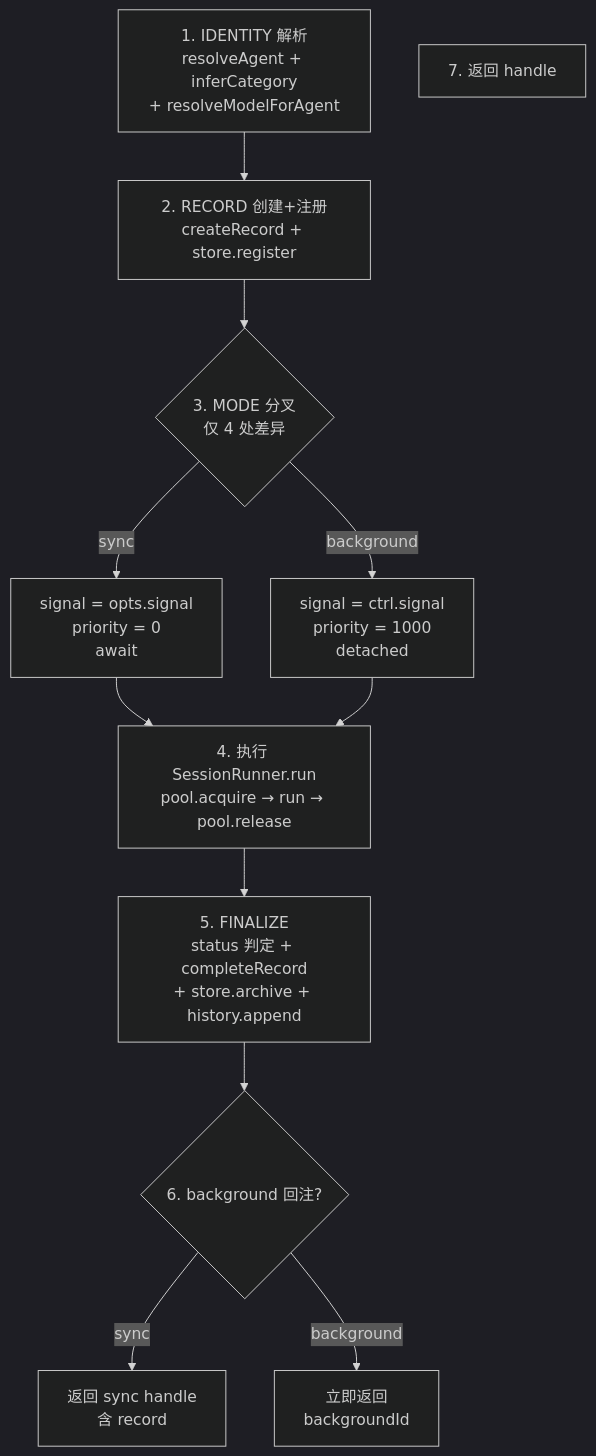
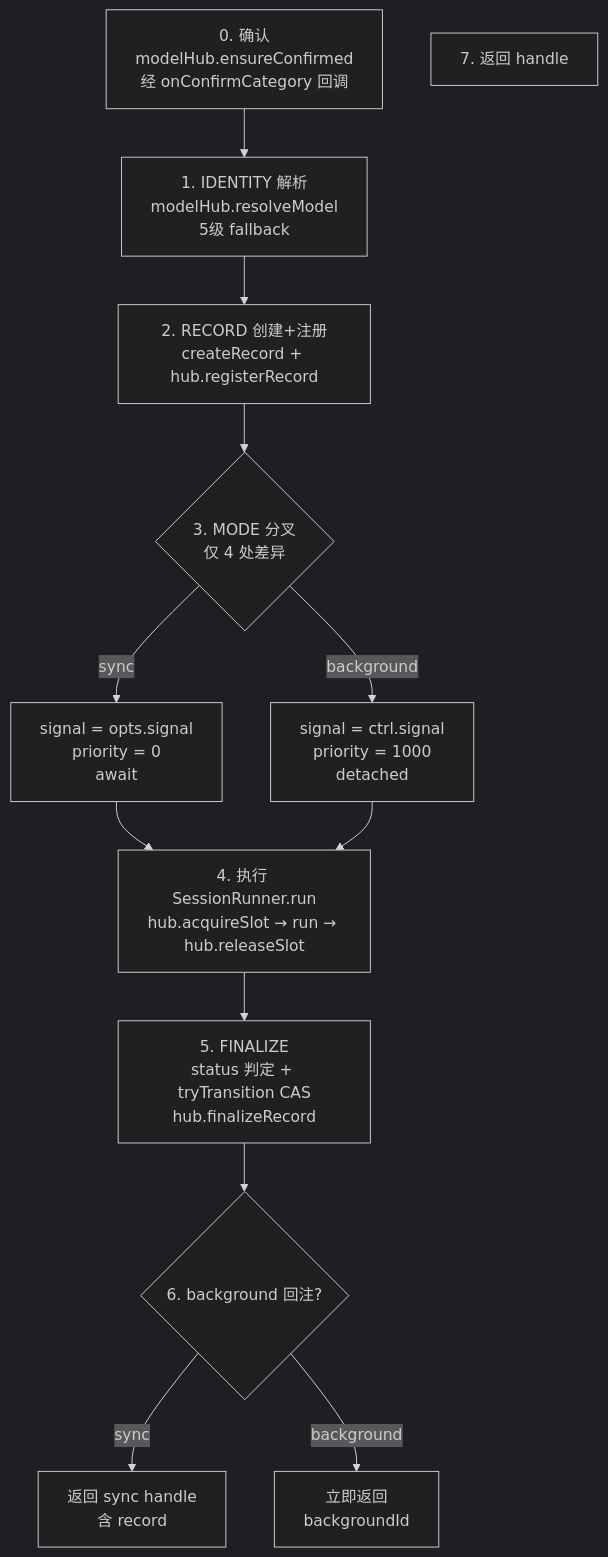
Before and after one commit to zhushanwen321/xyz-pi-extensions: the first of 3 diagrams in docs/subagents/execution-flow.md, drawn with Mermaid (dark theme). The commit also changed other lines of this file and 15 other files, not shown here.

````diff
--- a/docs/subagents/execution-flow.md
+++ b/docs/subagents/execution-flow.md
@@ -22,19 +22,20 @@
 ```mermaid
 flowchart TD
-    S1[1. IDENTITY 解析<br/>resolveAgent + inferCategory<br/>+ resolveModelForAgent]
-    S2[2. RECORD 创建+注册<br/>createRecord + store.register]
+    S0[0. 确认<br/>modelHub.ensureConfirmed<br/>经 onConfirmCategory 回调]
+    S1[1. IDENTITY 解析<br/>modelHub.resolveModel<br/>5级 fallback]
+    S2[2. RECORD 创建+注册<br/>createRecord + hub.registerRecord]
     S3{3. MODE 分叉<br/>仅 4 处差异}
-    S4[4. 执行 SessionRunner.run<br/>pool.acquire → run → pool.release]
-    S5[5. FINALIZE<br/>status 判定 + completeRecord<br/>+ store.archive + history.append]
+    S4[4. 执行 SessionRunner.run<br/>hub.acquireSlot → run → hub.releaseSlot]
+    S5[5. FINALIZE<br/>status 判定 + tryTransition CAS<br/>hub.finalizeRecord]
     S6{6. background 回注?}
     S7[7. 返回 handle]
 
-    S1 --> S2 --> S3
+    S0 --> S1 --> S2 --> S3
     S3 -->|sync| S4a[signal = opts.signal<br/>priority = 0<br/>await]
     S3 -->|background| S4b[signal = ctrl.signal<br/>priority = 1000<br/>detached]
     S4a --> S4
     S4b --> S4
     S4 --> S5 --> S6
     S6 -->|sync| S7a[返回 sync handle<br/>含 record]
     S6 -->|background| S7b[立即返回<br/>backgroundId]
 ```
````
